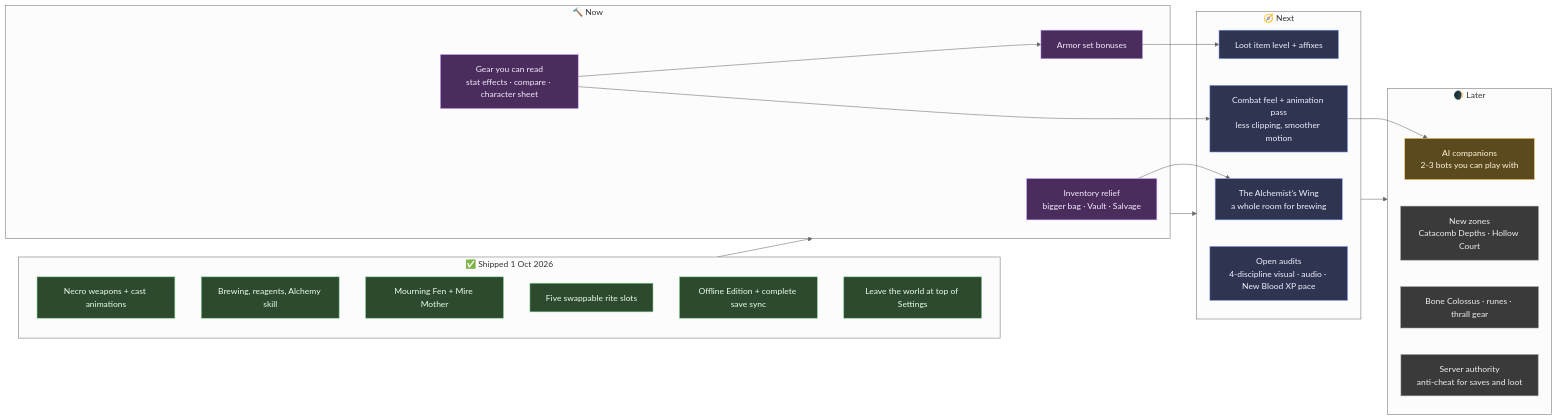
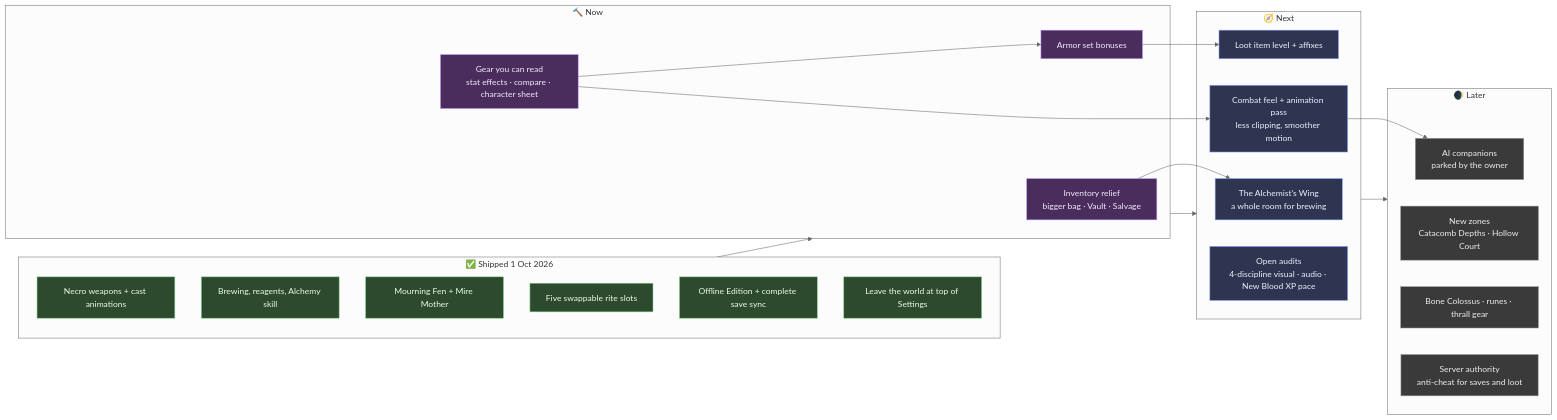
Before and after one commit to Brbmuffins/Death_Muffin: the diagram in ROADMAP.md, drawn with Mermaid (neutral theme). The commit also changed other lines of this file, not shown here.

Commit message:
Roadmap: AI companions parked by the owner; keep the cost study

````diff
--- a/ROADMAP.md
+++ b/ROADMAP.md
@@ -7,44 +7,44 @@
 ```mermaid
 flowchart LR
   classDef done fill:#2d4a2f,stroke:#7fd18b,color:#e8ffe9
   classDef now fill:#4a2d5c,stroke:#c6a4ff,color:#f4ecff
   classDef next fill:#2f3550,stroke:#8fa8ff,color:#eef1ff
   classDef later fill:#3a3a3a,stroke:#9a9a9a,color:#eeeeee
   classDef decide fill:#5c4a1f,stroke:#ffcf66,color:#fff6df
 
   subgraph SHIPPED["✅ Shipped 1 Oct 2026"]
     S1[Necro weapons + cast animations]:::done
     S2[Brewing, reagents, Alchemy skill]:::done
     S3[Mourning Fen + Mire Mother]:::done
     S4[Five swappable rite slots]:::done
     S5[Offline Edition + complete save sync]:::done
     S6[Leave the world at top of Settings]:::done
   end
 
   subgraph NOW["🔨 Now"]
     N1[Inventory relief<br/>bigger bag · Vault · Salvage]:::now
     N2[Gear you can read<br/>stat effects · compare · character sheet]:::now
     N3[Armor set bonuses]:::now
   end
 
   subgraph NEXT["🧭 Next"]
     X1[The Alchemist's Wing<br/>a whole room for brewing]:::next
     X2[Combat feel + animation pass<br/>less clipping, smoother motion]:::next
     X3[Loot item level + affixes]:::next
     X4[Open audits<br/>4-discipline visual · audio · New Blood XP pace]:::next
   end
 
   subgraph LATER["🌒 Later"]
-    L1[AI companions<br/>2-3 bots you can play with]:::decide
+    L1[AI companions<br/>parked by the owner]:::later
     L2[New zones<br/>Catacomb Depths · Hollow Court]:::later
     L3[Bone Colossus · runes · thrall gear]:::later
     L4[Server authority<br/>anti-cheat for saves and loot]:::later
   end
 
   SHIPPED --> NOW
   N1 --> X1
   N2 --> N3 --> X3
   N2 --> X2
   NOW --> NEXT --> LATER
   X2 --> L1
 ```
````
